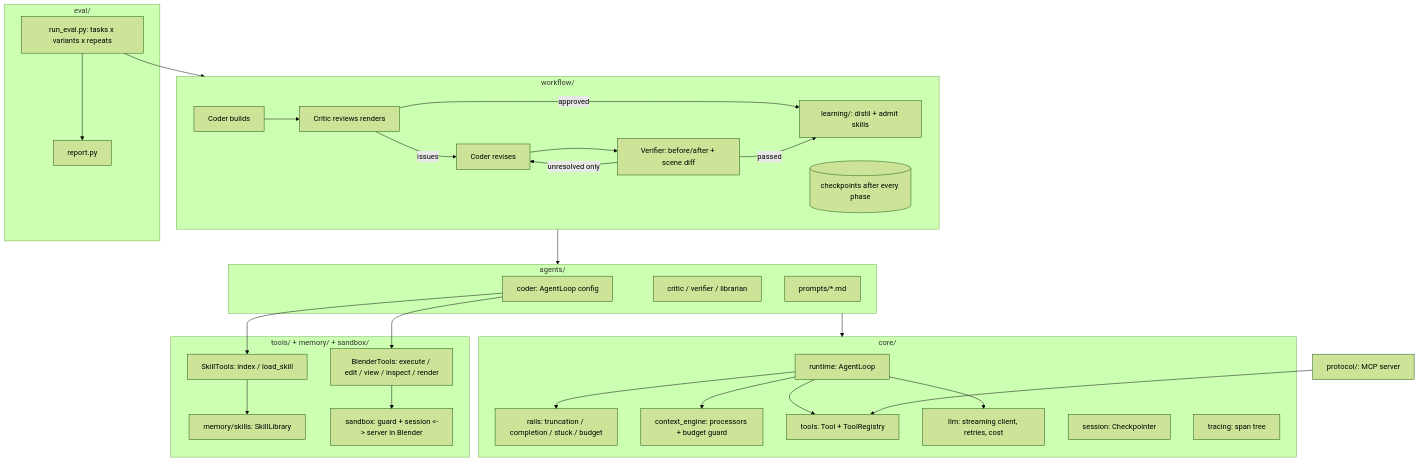
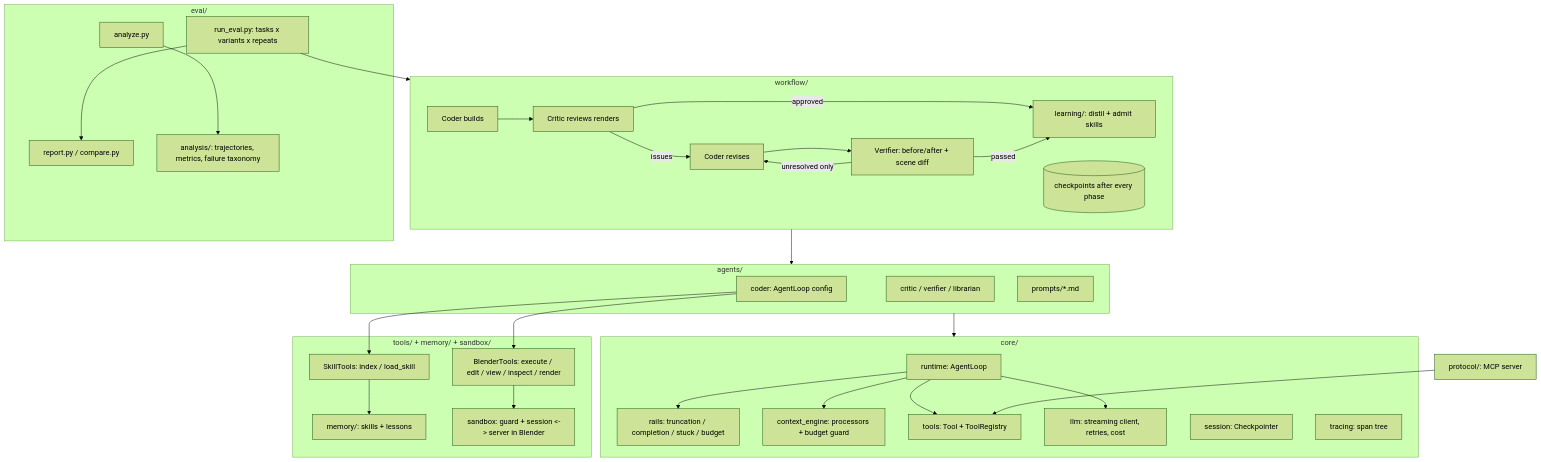
Before and after one commit to cccky0813/BlendHarness: the diagram in README.md, drawn with Mermaid (forest theme). The commit also changed other lines of this file and 3 other files, not shown here.

````diff
--- a/README.md
+++ b/README.md
@@ -27,43 +28,44 @@
 ```mermaid
 flowchart TB
     subgraph EVAL[eval/]
-        RUN[run_eval.py: tasks x variants x repeats] --> REP[report.py]
+        RUN[run_eval.py: tasks x variants x repeats] --> REP[report.py / compare.py]
+        AN[analyze.py] --> ANL[analysis/: trajectories, metrics, failure taxonomy]
     end
     subgraph WF[workflow/]
         C0[Coder builds] --> CR[Critic reviews renders]
         CR -->|issues| C1[Coder revises]
         C1 --> V[Verifier: before/after + scene diff]
         V -->|unresolved only| C1
         CR -->|approved| L[learning/: distil + admit skills]
         V -->|passed| L
         CK[(checkpoints after every phase)]
     end
     subgraph AG[agents/]
         CODER[coder: AgentLoop config]
         SINGLE[critic / verifier / librarian]
         PR[prompts/*.md]
     end
     subgraph TL[tools/ + memory/ + sandbox/]
         BT[BlenderTools: execute / edit / view / inspect / render]
         ST[SkillTools: index / load_skill]
-        MEM[memory/skills: SkillLibrary]
+        MEM[memory/: skills + lessons]
         SB[sandbox: guard + session <-> server in Blender]
     end
     subgraph CORE[core/]
         LOOP[runtime: AgentLoop]
         RAILS[rails: truncation / completion / stuck / budget]
         CTX[context_engine: processors + budget guard]
         TOOLS[tools: Tool + ToolRegistry]
         LLM[llm: streaming client, retries, cost]
         SES[session: Checkpointer]
         TR[tracing: span tree]
     end
     MCP[protocol/: MCP server] --> TOOLS
     RUN --> WF
     WF --> AG
     CODER --> BT & ST
     ST --> MEM
     BT --> SB
     AG --> CORE
     LOOP --> RAILS & CTX & TOOLS & LLM
 ```
````
